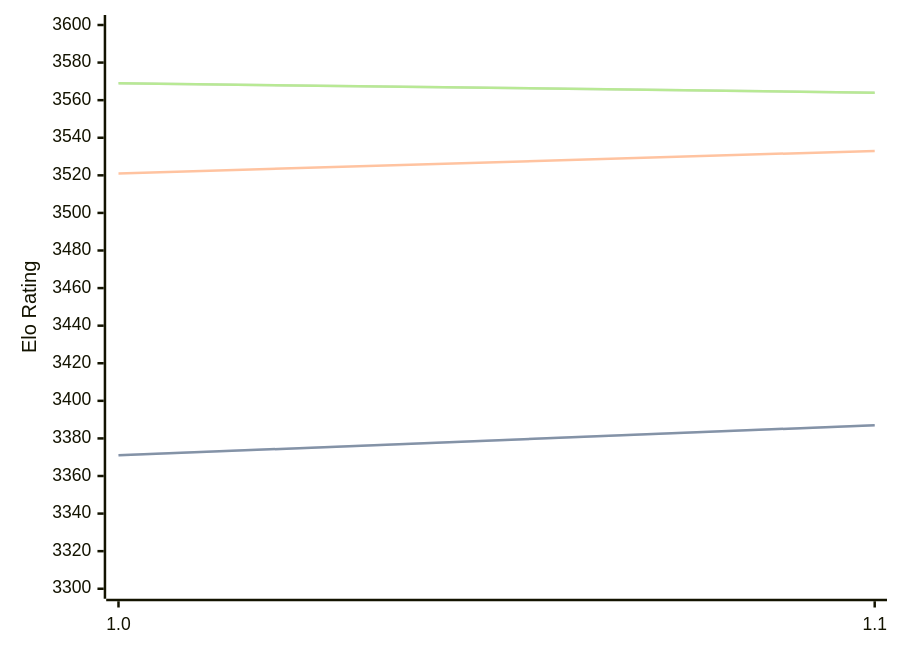
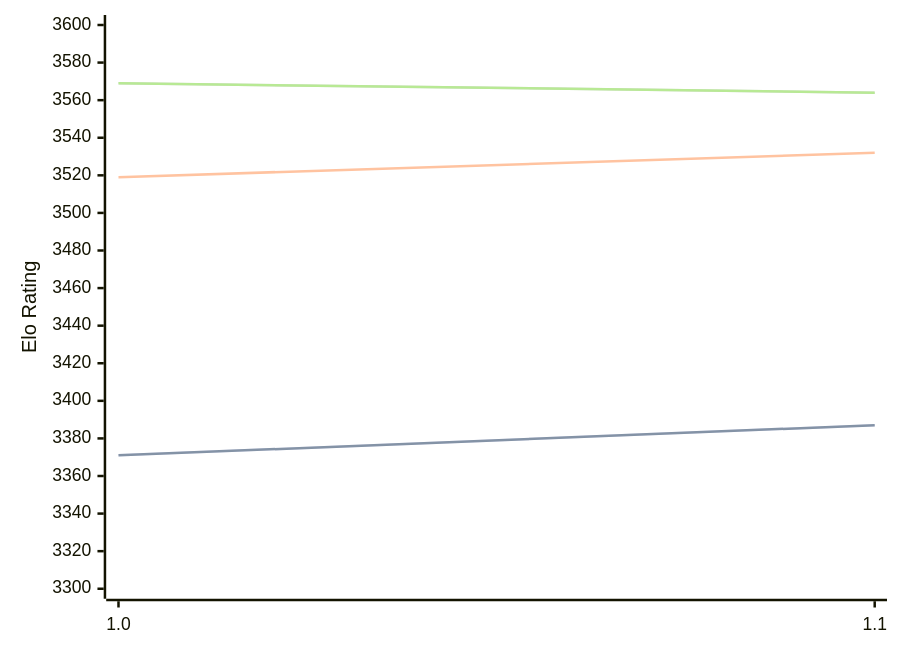
Before and after one commit to computer-chess-index/cci: the diagram in engines/Horsie.md, drawn with Mermaid. The commit also changed other lines of this file, not shown here.

````diff
--- a/engines/Horsie.md
+++ b/engines/Horsie.md
@@ -30,11 +30,11 @@
 ```mermaid
 %%{init: {"theme":"base","themeVariables":{"seriesColors:['#a3a3a3','#222221','#faa371']}}}%%
 xychart-beta
   x-axis ["1.0", "1.1"]
   y-axis "Elo Rating" 3300 --> 3600
   line "STC (8.0+0.08s)" [3371, 3387]
   line "STC (8.0+0.08s)" [3371, 3387]
-  line "LTC (60.0+0.60s)" [3521, 3533]
+  line "LTC (60.0+0.60s)" [3519, 3532]
   line "VLTC (2m24s+1.12s)" [3569, 3564]
   line "VLTC (2m24s+1.12s)" [3569, 3564]
 ```
````
